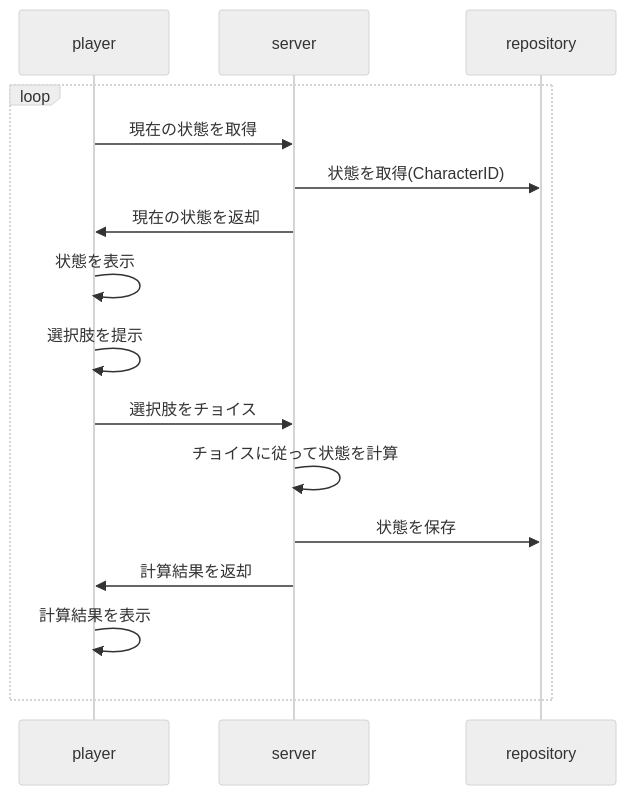
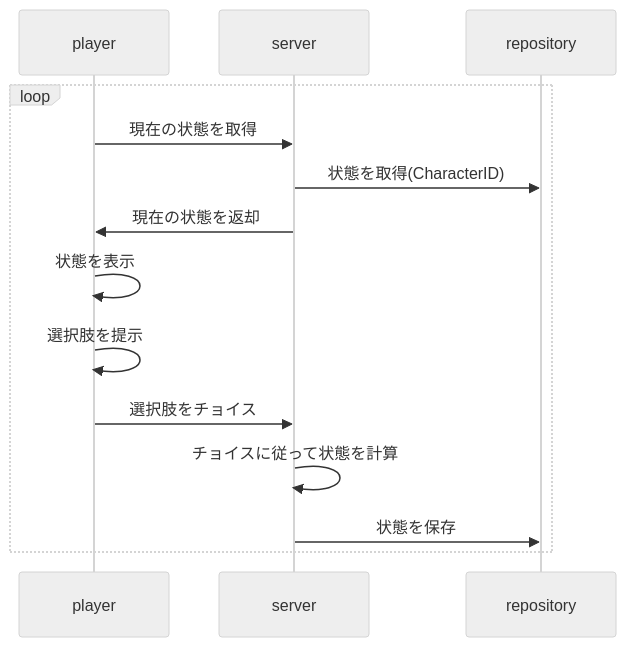
One commit to pankona/moguri2 changed the third of 4 diagrams in design/interaction.md. Above: the diagram before and after it, drawn with Mermaid (neutral theme).

````diff
--- a/design/interaction.md
+++ b/design/interaction.md
@@ -24,15 +24,13 @@
 ```mermaid
 sequenceDiagram
 loop
     player->>server: 現在の状態を取得
     server->>repository: 状態を取得(CharacterID)
     server->>player: 現在の状態を返却
     player->>player: 状態を表示
     player->>player: 選択肢を提示
     player->>server: 選択肢をチョイス
     server->>server: チョイスに従って状態を計算
     server->>repository: 状態を保存
-    server->>player: 計算結果を返却
-    player->>player: 計算結果を表示
 end
 ```
````
